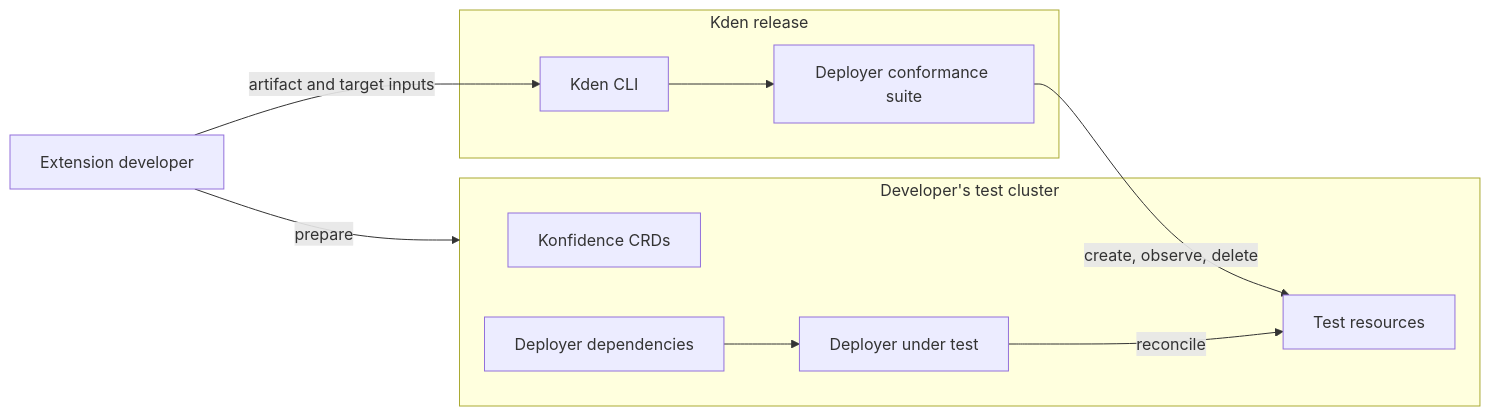
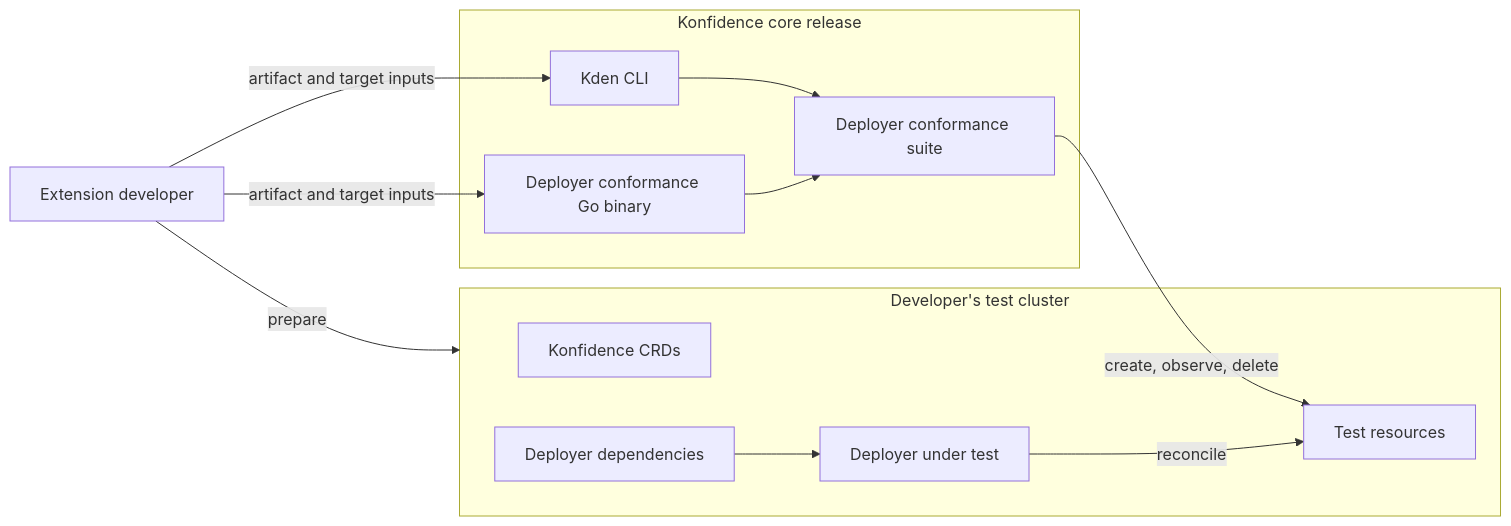
The first of 2 diagrams in src/docs/extend-customize/decisions/adr-0042-deployer-conformance-test-setup.md (konfidence-project/konfidence-docs), drawn with Mermaid before and after one commit. The commit also changed other lines of this file, not shown here.

Commit message:
docs: update ADR for conformance test setup and execution

````diff
--- a/src/docs/extend-customize/decisions/adr-0042-deployer-conformance-test-setup.md
+++ b/src/docs/extend-customize/decisions/adr-0042-deployer-conformance-test-setup.md
@@ -29,23 +29,26 @@
 ```mermaid
 flowchart LR
   Developer[Extension developer]
 
-  subgraph Release["Kden release"]
+  subgraph Release["Konfidence core release"]
     CLI[Kden CLI]
+    Binary[Deployer conformance Go binary]
     Suite[Deployer conformance suite]
     CLI --> Suite
+    Binary --> Suite
   end
 
   subgraph Cluster["Developer's test cluster"]
     CRDs[Konfidence CRDs]
     Dependencies[Deployer dependencies]
     Deployer[Deployer under test]
     Resources[Test resources]
   end
 
   Developer -->|prepare| Cluster
   Developer -->|artifact and target inputs| CLI
+  Developer -->|artifact and target inputs| Binary
   Suite -->|create, observe, delete| Resources
   Deployer -->|reconcile| Resources
   Dependencies --> Deployer
 ```
````
